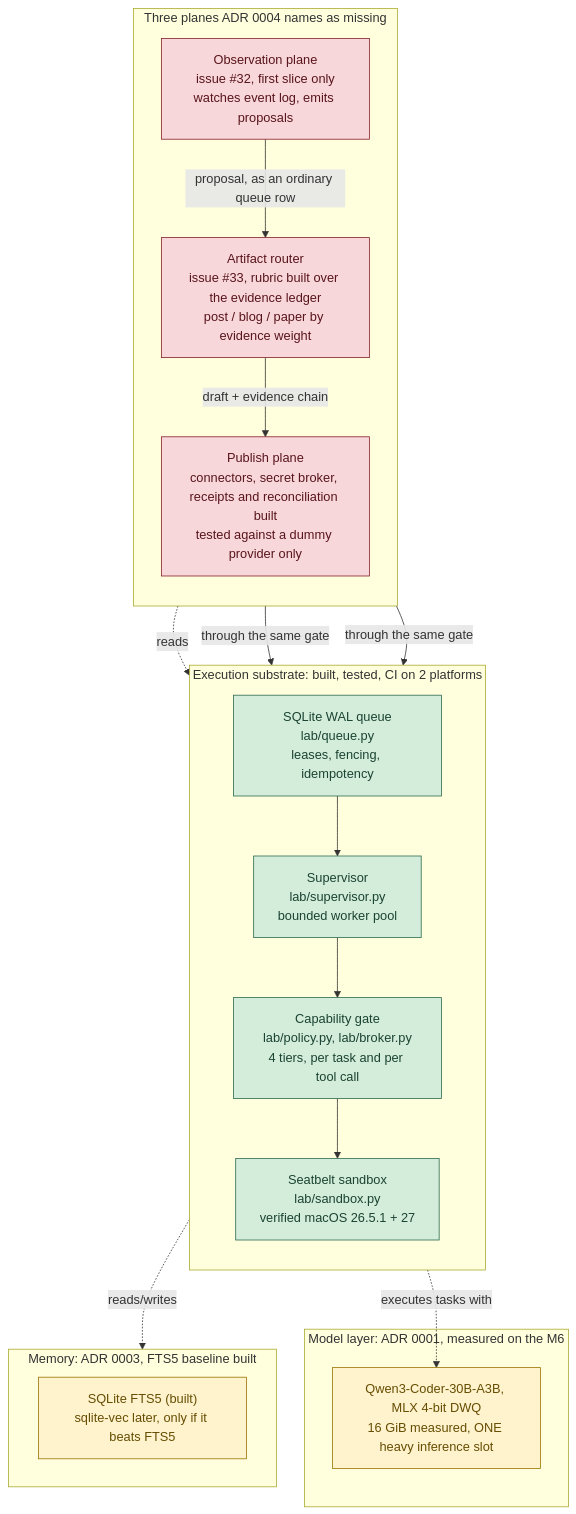
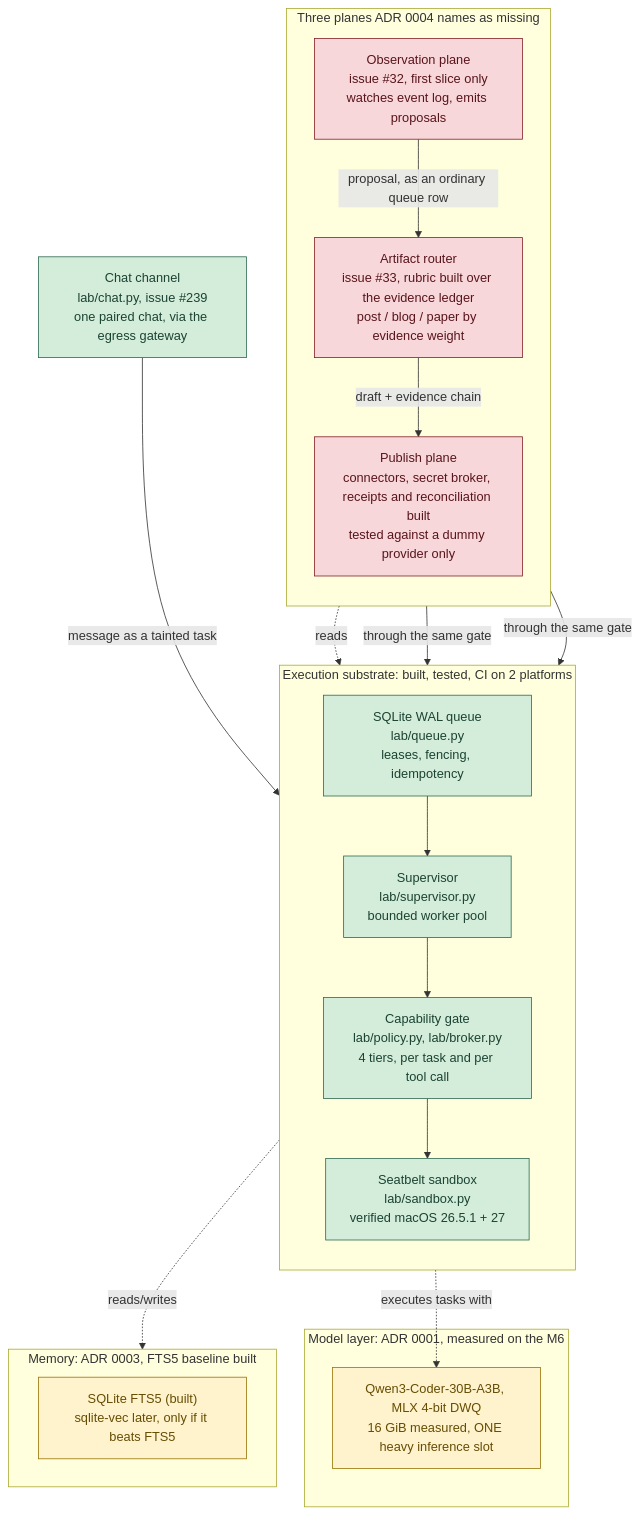
One commit to roshanaryal1/home-lab changed the diagram in docs/ARCHITECTURE.md. Above: the diagram before and after it, drawn with Mermaid. The commit also changed other lines of this file and 18 other files, not shown here.

````diff
--- a/docs/ARCHITECTURE.md
+++ b/docs/ARCHITECTURE.md
@@ -16,41 +16,44 @@
 ```mermaid
 flowchart TB
     subgraph substrate["Execution substrate: built, tested, CI on 2 platforms"]
         direction TB
         queue["SQLite WAL queue<br/>lab/queue.py<br/>leases, fencing, idempotency"]
         supervisor["Supervisor<br/>lab/supervisor.py<br/>bounded worker pool"]
         gate["Capability gate<br/>lab/policy.py, lab/broker.py<br/>4 tiers, per task and per tool call"]
         sandbox["Seatbelt sandbox<br/>lab/sandbox.py<br/>verified macOS 26.5.1 + 27"]
         queue --> supervisor --> gate --> sandbox
     end
+
+    chatin["Chat channel<br/>lab/chat.py, issue #239<br/>one paired chat, via the egress gateway"]
+    chatin -->|"message as a tainted task"| queue
 
     subgraph model["Model layer: ADR 0001, measured on the M6"]
         heavy["Qwen3-Coder-30B-A3B, MLX 4-bit DWQ<br/>16 GiB measured, ONE heavy inference slot"]
     end
 
     subgraph memory["Memory: ADR 0003, FTS5 baseline built"]
         mem["SQLite FTS5 (built)<br/>sqlite-vec later, only if it beats FTS5"]
     end
 
     subgraph planes["Three planes ADR 0004 names as missing"]
         direction TB
         obs["Observation plane<br/>issue #32, first slice only<br/>watches event log, emits proposals"]
         router["Artifact router<br/>issue #33, rubric built over the evidence ledger<br/>post / blog / paper by evidence weight"]
         publish["Publish plane<br/>connectors, secret broker, receipts and reconciliation built<br/>tested against a dummy provider only"]
         obs -->|"proposal, as an ordinary queue row"| router
         router -->|"draft + evidence chain"| publish
     end
 
     supervisor -.->|"executes tasks with"| heavy
     supervisor -.->|"reads/writes"| memory
     obs -.->|"reads"| queue
     router -->|"through the same gate"| gate
     publish -->|"through the same gate"| gate
 
     classDef built fill:#d4edda,stroke:#2d6a4f,color:#1b4332
     classDef missing fill:#f8d7da,stroke:#842029,color:#58151c
     classDef designonly fill:#fff3cd,stroke:#997404,color:#664d03
-    class queue,supervisor,gate,sandbox built
+    class queue,supervisor,gate,sandbox,chatin built
     class obs,router,publish missing
     class heavy,mem designonly
 ```
````
